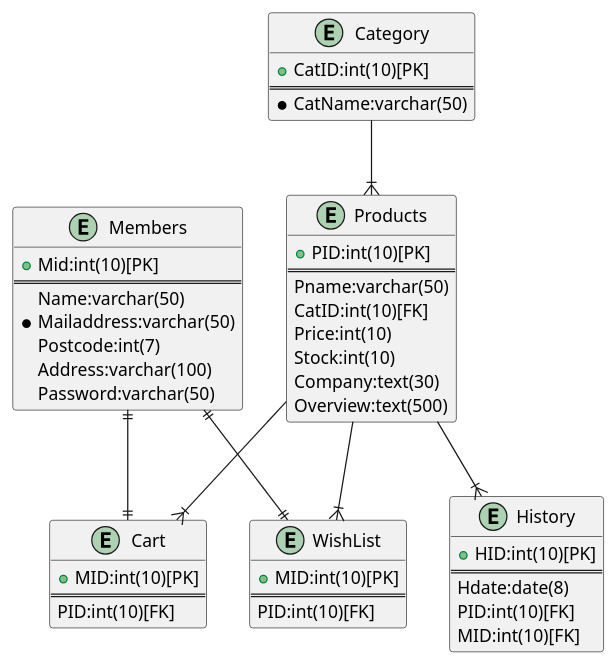
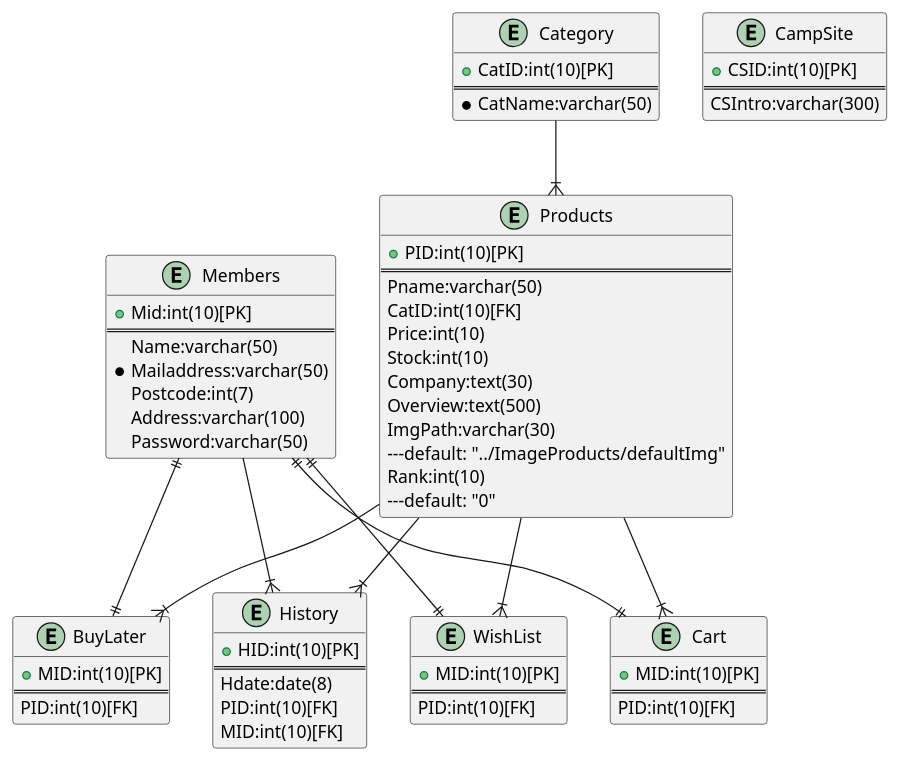
One commit to Aso2001217/Asozon changed the diagram in ER.md. Above: the diagram before and after it, drawn with PlantUML.

```diff
--- a/ER.md
+++ b/ER.md
@@ -1,57 +1,75 @@
 @startuml
 entity "Members" {
 + Mid:int(10)[PK]
 ==
 Name:varchar(50)
 *Mailaddress:varchar(50)
 Postcode:int(7)
 Address:varchar(100)
 Password:varchar(50)
 }
 
 
 entity "Products" {
 + PID:int(10)[PK]
 ==
 Pname:varchar(50)
 CatID:int(10)[FK]
 Price:int(10)
 Stock:int(10)
 Company:text(30)
 Overview:text(500)
+ImgPath:varchar(30)
+---default: "../ImageProducts/defaultImg"
+Rank:int(10)
+---default: "0"
 }
 
 entity "WishList"{
 + MID:int(10)[PK]
 ==
 PID:int(10)[FK]
 }
 
 entity "Cart"{
++ MID:int(10)[PK]
+==
+PID:int(10)[FK]
+}
+
+entity "BuyLater"{
 + MID:int(10)[PK]
 ==
 PID:int(10)[FK]
 }
 
 entity "History"{
 + HID:int(10)[PK]
 ==
 Hdate:date(8)
 PID:int(10)[FK]
 MID:int(10)[FK]
 }
 
 entity "Category"{
 + CatID:int(10)[PK]
 ==
 * CatName:varchar(50)
 }
 
+entity "CampSite"{
++ CSID:int(10)[PK]
+==
+CSIntro:varchar(300)
+}
 
 Products --|{ Cart
 Products --|{ WishList
 Products --|{ History
+Products --|{ BuyLater
 Category --|{ Products
+Members--|{ History
+Members||--||BuyLater
 Members||--||WishList
 Members||--||Cart
 @enduml
```
